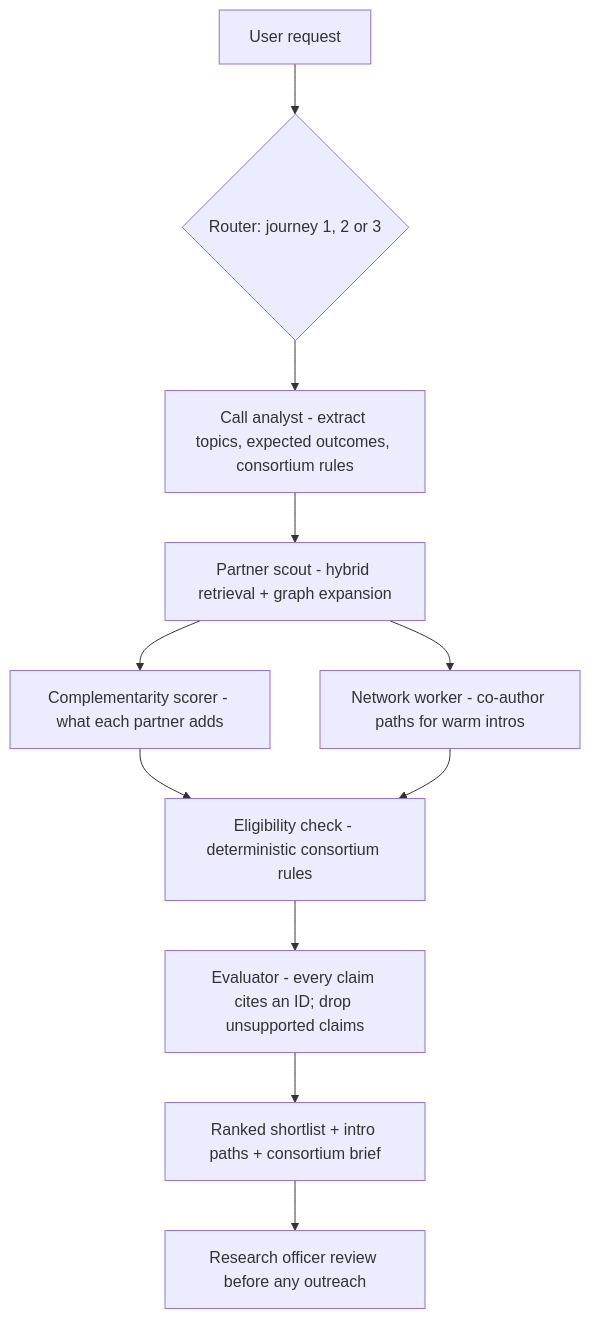
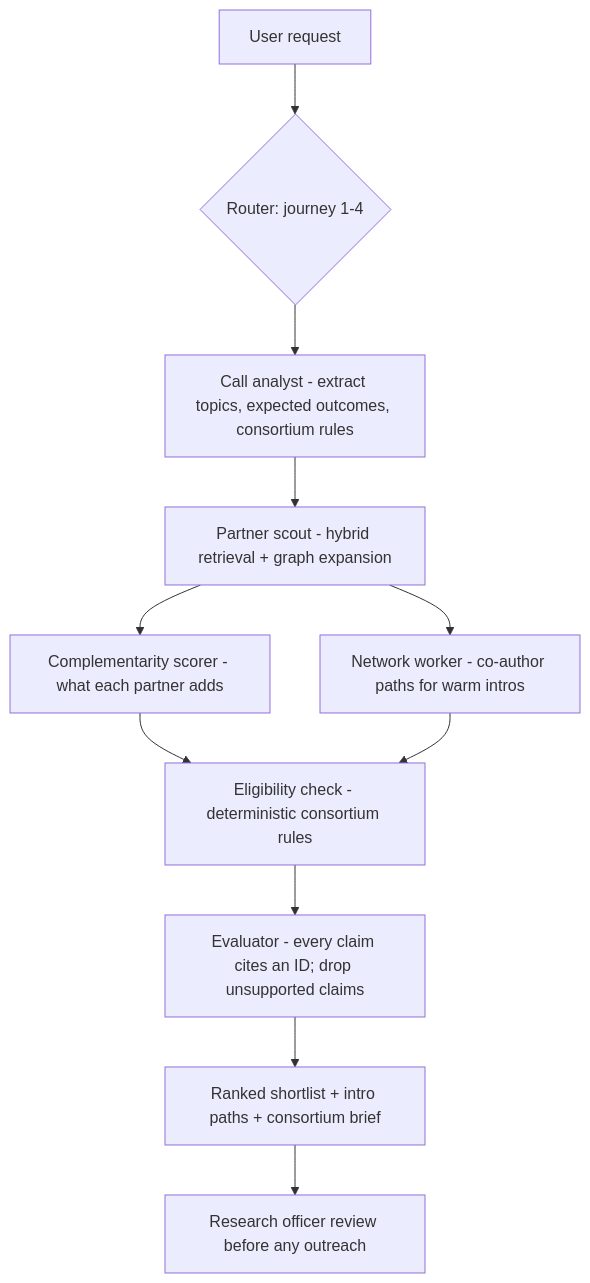
One commit to teamworxAI/campus-ai changed the second of 2 diagrams in docs/plans/master_plan.md. Above: the diagram before and after it, drawn with Mermaid. The commit also changed other lines of this file, not shown here.

````diff
--- a/docs/plans/master_plan.md
+++ b/docs/plans/master_plan.md
@@ -160,12 +183,12 @@
 ```mermaid
 flowchart TD
-    Q[User request] --> RT{Router: journey 1, 2 or 3}
+    Q[User request] --> RT{Router: journey 1-4}
     RT --> CA[Call analyst - extract topics, expected outcomes, consortium rules]
     CA --> PS[Partner scout - hybrid retrieval + graph expansion]
     PS --> CS[Complementarity scorer - what each partner adds]
     PS --> NW[Network worker - co-author paths for warm intros]
     CS & NW --> EL[Eligibility check - deterministic consortium rules]
     EL --> EV[Evaluator - every claim cites an ID; drop unsupported claims]
     EV --> OUT[Ranked shortlist + intro paths + consortium brief]
     OUT --> H[Research officer review before any outreach]
 ```
````
